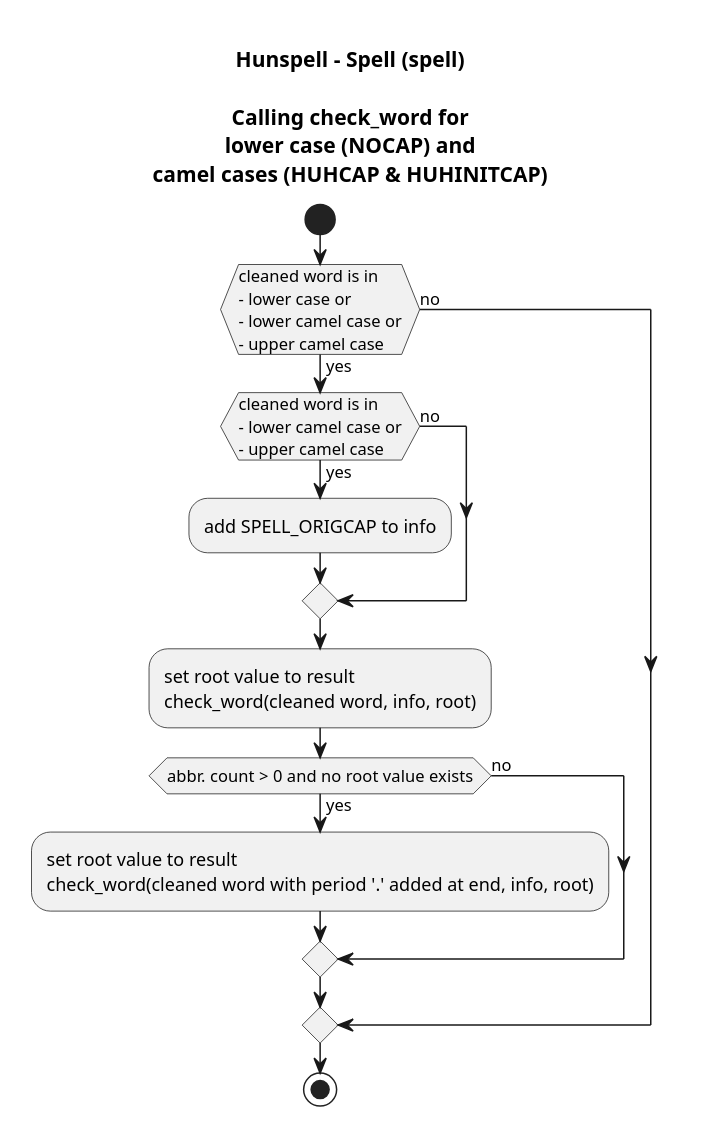
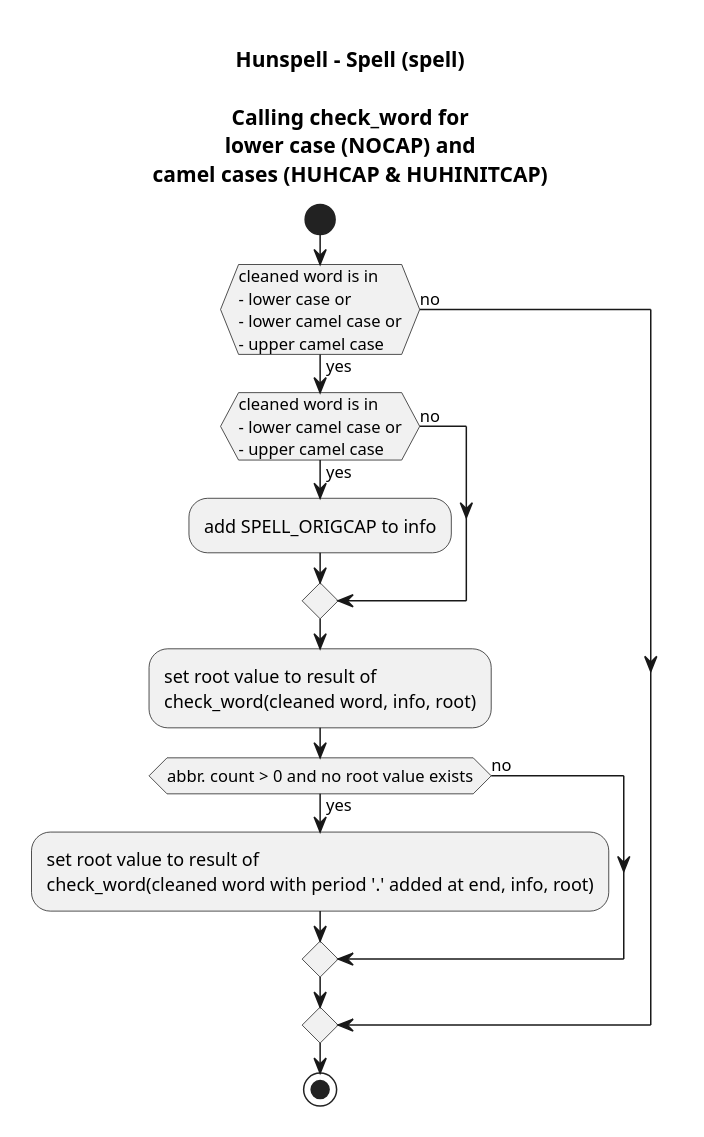
Before and after one commit to nuspell/misc-nuspell: the diagram in uml/plantuml/spell-lower-camel-activity-diagram.pu, drawn with PlantUML. The commit also changed 5 other files, not shown here.

Commit message:
improving diagrams

```diff
--- a/uml/plantuml/spell-lower-camel-activity-diagram.pu
+++ b/uml/plantuml/spell-lower-camel-activity-diagram.pu
@@ -1,23 +1,23 @@
 @startuml
 skinparam backgroundcolor White|White
 
 title Hunspell - Spell (spell)\n\nCalling check_word for\nlower case (NOCAP) and\ncamel cases (HUHCAP & HUHINITCAP)
 
 start
 
 if (cleaned word is in\n- lower case or\n- lower camel case or\n- upper camel case) then (yes)
 	if (cleaned word is in\n- lower camel case or\n- upper camel case) then (yes)
 		:add SPELL_ORIGCAP to info;
 	else (no)
 	endif
-	:set root value to result \ncheck_word(cleaned word, info, root);
+	:set root value to result of\ncheck_word(cleaned word, info, root);
 	if (abbr. count > 0 and no root value exists) then (yes)
-		:set root value to result\ncheck_word(cleaned word with period '.' added at end, info, root);
+		:set root value to result of\ncheck_word(cleaned word with period '.' added at end, info, root);
 	else (no)
 	endif
 else (no)
 endif
 
 stop
 
 @enduml
```
